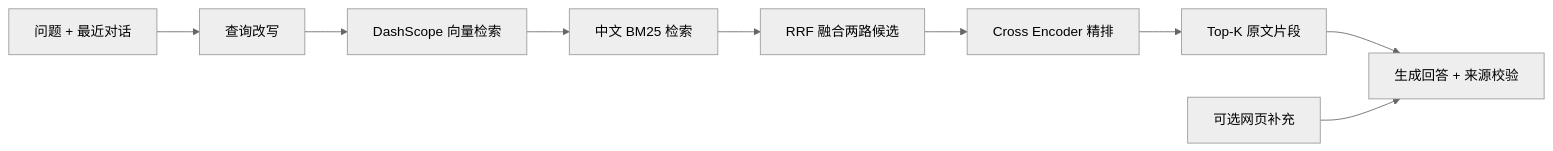
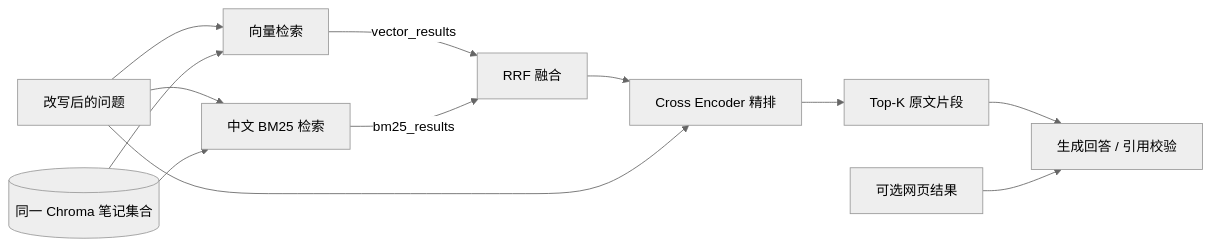
One commit to yuyuyuoo55/Personal_Notes_Review_Assistant changed the third of 4 diagrams in README.md. Above: the diagram before and after it, drawn with Mermaid (neutral theme). The commit also changed other lines of this file and 18 other files, not shown here.

Commit message:
feat: add isolated V2 Streamlit Cloud demo and correct architecture diagrams

````diff
--- a/README.md
+++ b/README.md
@@ -66,11 +90,14 @@
 ```mermaid
 flowchart LR
-    A[问题 + 最近对话] --> B[查询改写]
-    B --> C[DashScope 向量检索]
-    C --> D[中文 BM25 检索]
-    D --> E[RRF 融合两路候选]
-    E --> F[Cross Encoder 精排]
-    F --> G[Top-K 原文片段]
-    G --> H[生成回答 + 来源校验]
-    W[可选网页补充] --> H
+    Q["改写后的问题"] --> V["向量检索"]
+    Q --> B["中文 BM25 检索"]
+    DB[("同一 Chroma 笔记集合")] --> V
+    DB --> B
+    V -->|"vector_results"| F["RRF 融合"]
+    B -->|"bm25_results"| F
+    F --> E["Cross Encoder 精排"]
+    Q --> E
+    E --> K["Top-K 原文片段"]
+    K --> A["生成回答 / 引用校验"]
+    W["可选网页结果"] --> A
 ```
````
